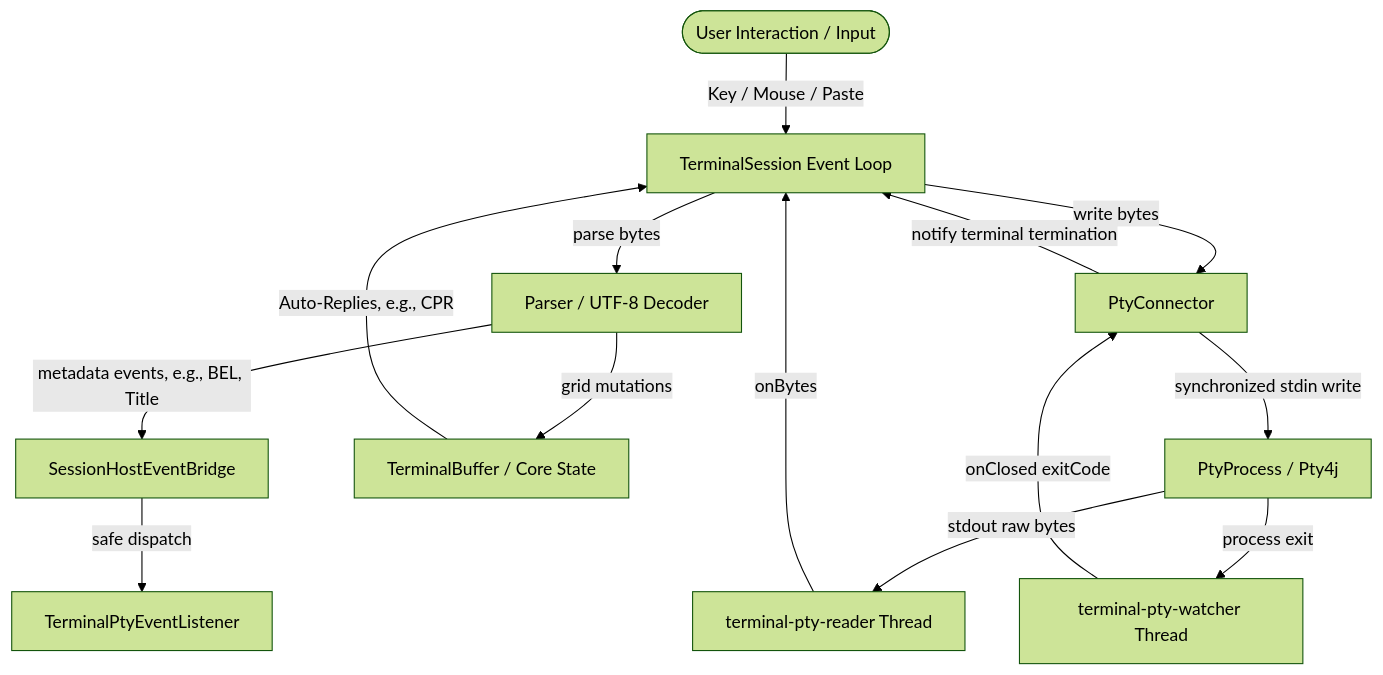
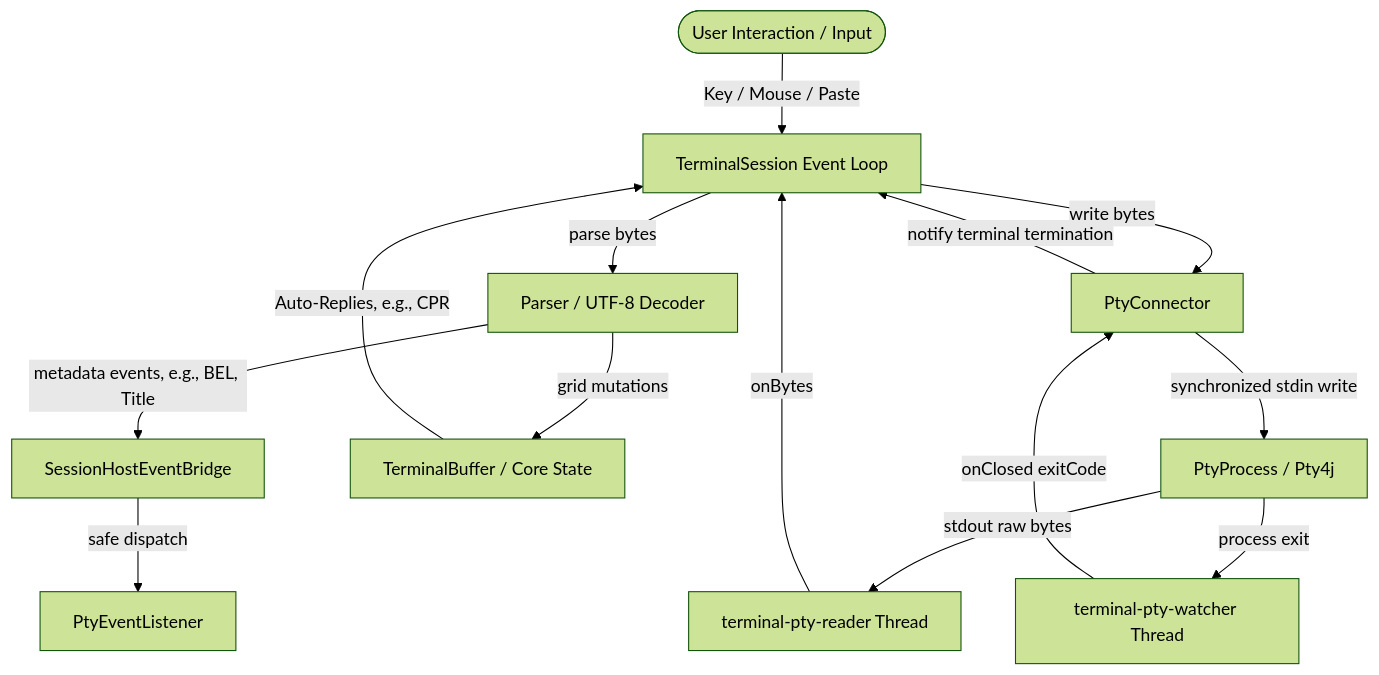
The diagram in jvterm-pty/README.md (ketraterm/KetraTerm), drawn with Mermaid (forest theme) before and after one commit. The commit also changed other lines of this file and 132 other files, not shown here.

````diff
--- a/jvterm-pty/README.md
+++ b/jvterm-pty/README.md
@@ -33,33 +33,33 @@
 ```mermaid
 flowchart TD
     %% Component Definitions
     UI([User Interaction / Input])
     Loop[TerminalSession Event Loop]
     PtyConn[PtyConnector]
     ReaderThread[terminal-pty-reader Thread]
     WatcherThread[terminal-pty-watcher Thread]
     PtyProc[PtyProcess / Pty4j]
     Parser[Parser / UTF-8 Decoder]
     Core[TerminalBuffer / Core State]
     EventBridge[SessionHostEventBridge]
-    Listener[TerminalPtyEventListener]
+    Listener[PtyEventListener]
 
     %% Write/Input Path (Serialized)
     UI -->|Key / Mouse / Paste| Loop
     Core -->|Auto-Replies, e.g., CPR| Loop
     Loop -->|write bytes| PtyConn
     PtyConn -->|synchronized stdin write| PtyProc
 
     %% Read/Output Path (Asynchronous Pump)
     PtyProc -->|stdout raw bytes| ReaderThread
     ReaderThread -->|onBytes| Loop
     Loop -->|parse bytes| Parser
     Parser -->|grid mutations| Core
     Parser -->|metadata events, e.g., BEL, Title| EventBridge
     EventBridge -->|safe dispatch| Listener
 
     %% Watcher Path
     PtyProc -->|process exit| WatcherThread
     WatcherThread -->|onClosed exitCode| PtyConn
     PtyConn -->|notify terminal termination| Loop
 ```
````
